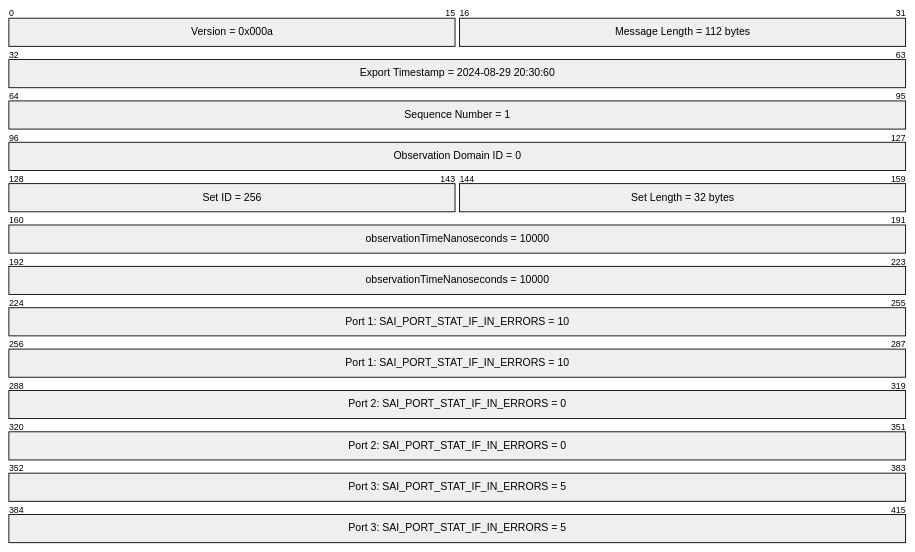
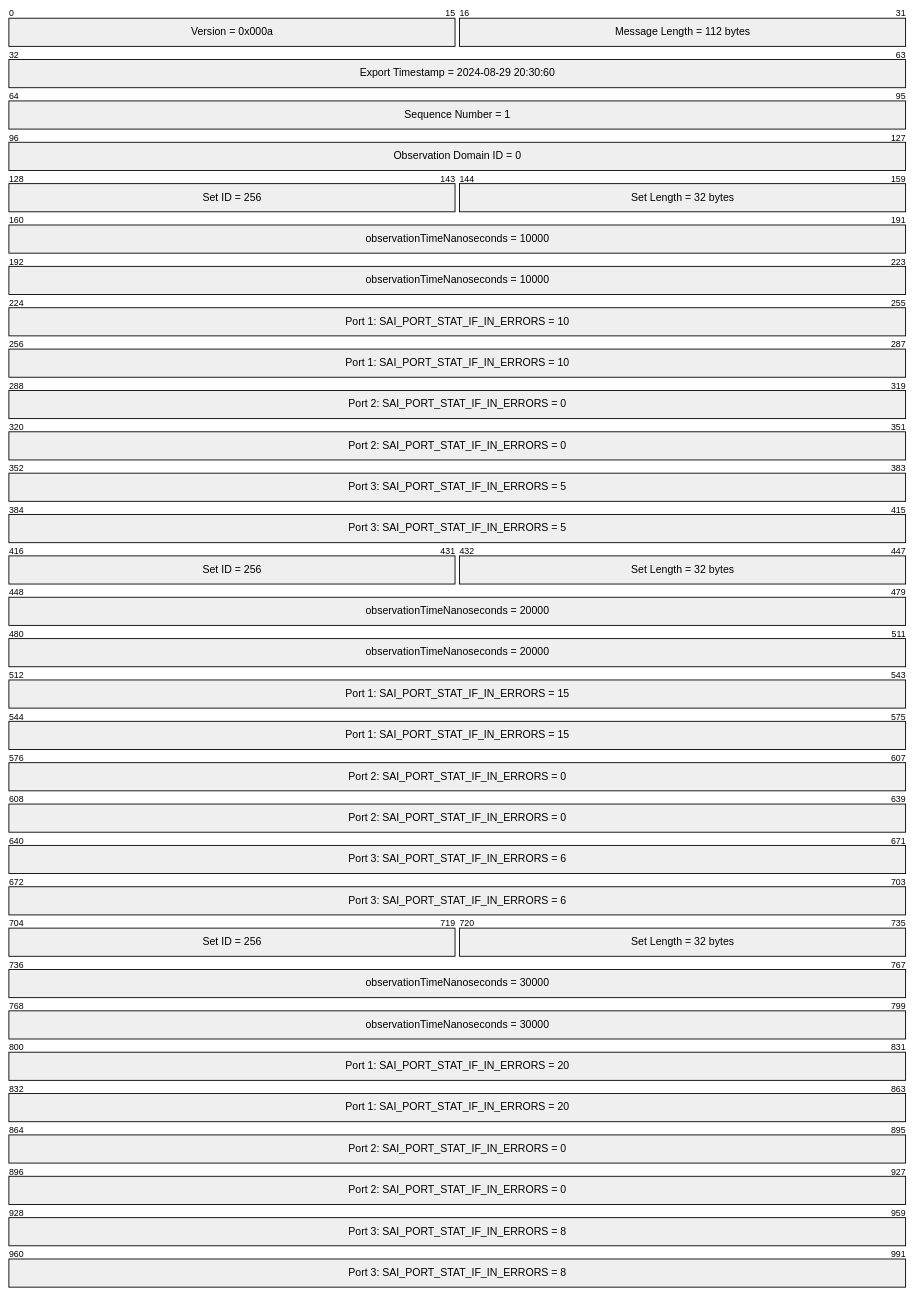
One commit to sonic-net/SONiC changed the seventh of 9 diagrams in doc/stream-telemetry/stream-telemetry-hld.md. Above: the diagram before and after it, drawn with Mermaid. The commit also changed other lines of this file and 1 other file, not shown here.

Commit message:
Update from review

````diff
--- a/doc/stream-telemetry/stream-telemetry-hld.md
+++ b/doc/stream-telemetry/stream-telemetry-hld.md
@@ -300,18 +300,34 @@
 ``` mermaid
 
 ---
 title: stream message IPFIX
 ---
 packet-beta
 0-15: "Version = 0x000a"
 16-31: "Message Length = 112 bytes"
 32-63: "Export Timestamp = 2024-08-29 20:30:60"
 64-95: "Sequence Number = 1"
 96-127: "Observation Domain ID = 0"
+
 128-143: "Set ID = 256"
 144-159: "Set Length = 32 bytes"
 160-223: "observationTimeNanoseconds = 10000"
 224-287: "Port 1: SAI_PORT_STAT_IF_IN_ERRORS = 10"
 288-351: "Port 2: SAI_PORT_STAT_IF_IN_ERRORS = 0"
 352-415: "Port 3: SAI_PORT_STAT_IF_IN_ERRORS = 5"
+
+416-431: "Set ID = 256"
+432-447: "Set Length = 32 bytes"
+448-511: "observationTimeNanoseconds = 20000"
+512-575: "Port 1: SAI_PORT_STAT_IF_IN_ERRORS = 15"
+576-639: "Port 2: SAI_PORT_STAT_IF_IN_ERRORS = 0"
+640-703: "Port 3: SAI_PORT_STAT_IF_IN_ERRORS = 6"
+
+704-719: "Set ID = 256"
+720-735: "Set Length = 32 bytes"
+736-799: "observationTimeNanoseconds = 30000"
+800-863: "Port 1: SAI_PORT_STAT_IF_IN_ERRORS = 20"
+864-927: "Port 2: SAI_PORT_STAT_IF_IN_ERRORS = 0"
+928-991: "Port 3: SAI_PORT_STAT_IF_IN_ERRORS = 8"
+
 ```
````
